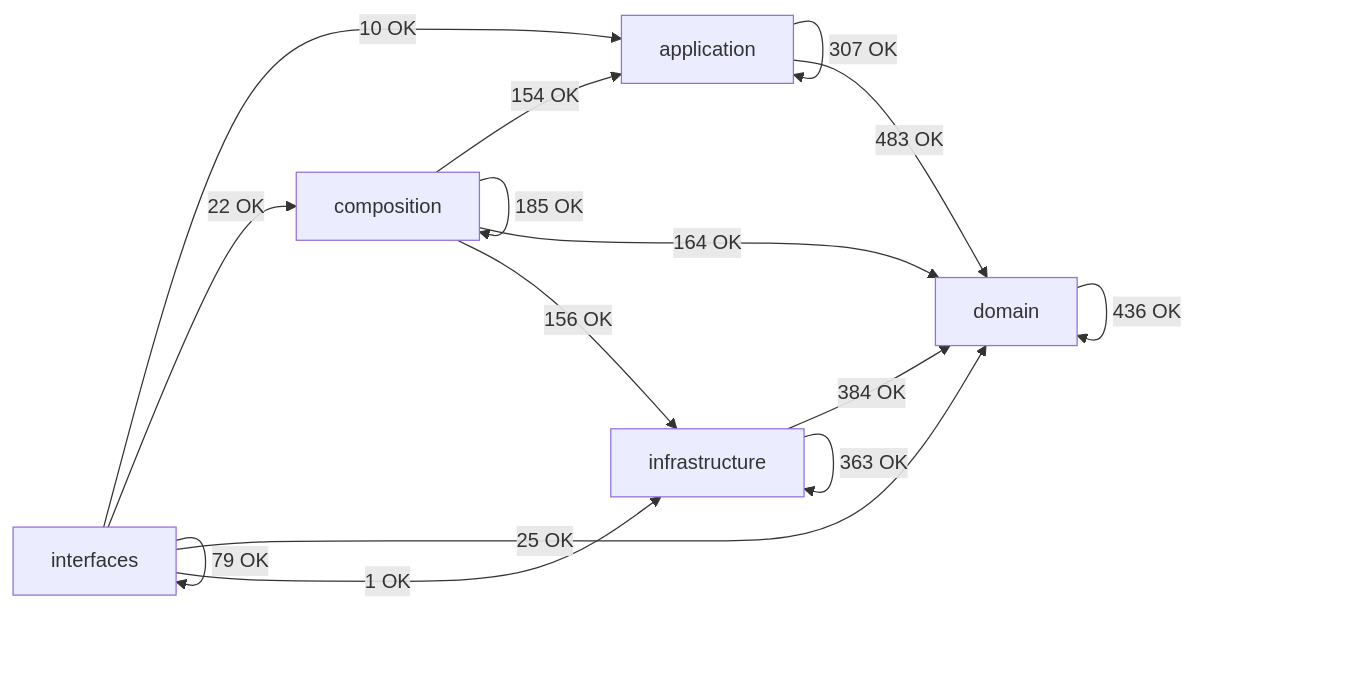
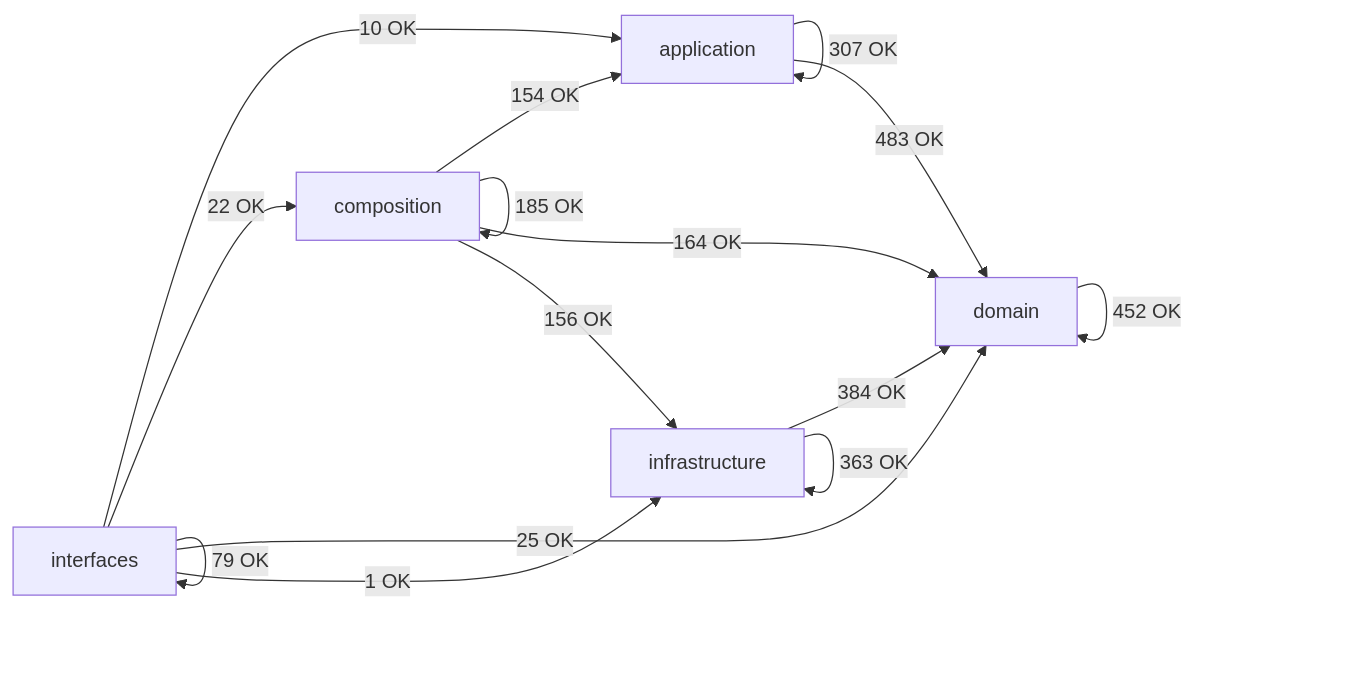
Before and after one commit to SatoryKono/BioactivityDataAcquisition: the diagram in docs/02-architecture/generated/module-dependency-map.md, drawn with Mermaid. The commit also changed other lines of this file and 21 other files, not shown here.

````diff
--- a/docs/02-architecture/generated/module-dependency-map.md
+++ b/docs/02-architecture/generated/module-dependency-map.md
@@ -15,22 +15,22 @@
 ```mermaid
 flowchart LR
     domain[domain]
     application[application]
     infrastructure[infrastructure]
     composition[composition]
     interfaces[interfaces]
     application -->|307 OK| application
     application -->|483 OK| domain
     composition -->|154 OK| application
     composition -->|185 OK| composition
     composition -->|164 OK| domain
     composition -->|156 OK| infrastructure
-    domain -->|436 OK| domain
+    domain -->|452 OK| domain
     infrastructure -->|384 OK| domain
     infrastructure -->|363 OK| infrastructure
     interfaces -->|10 OK| application
     interfaces -->|22 OK| composition
     interfaces -->|25 OK| domain
     interfaces -->|1 OK| infrastructure
     interfaces -->|79 OK| interfaces
 ```
````
